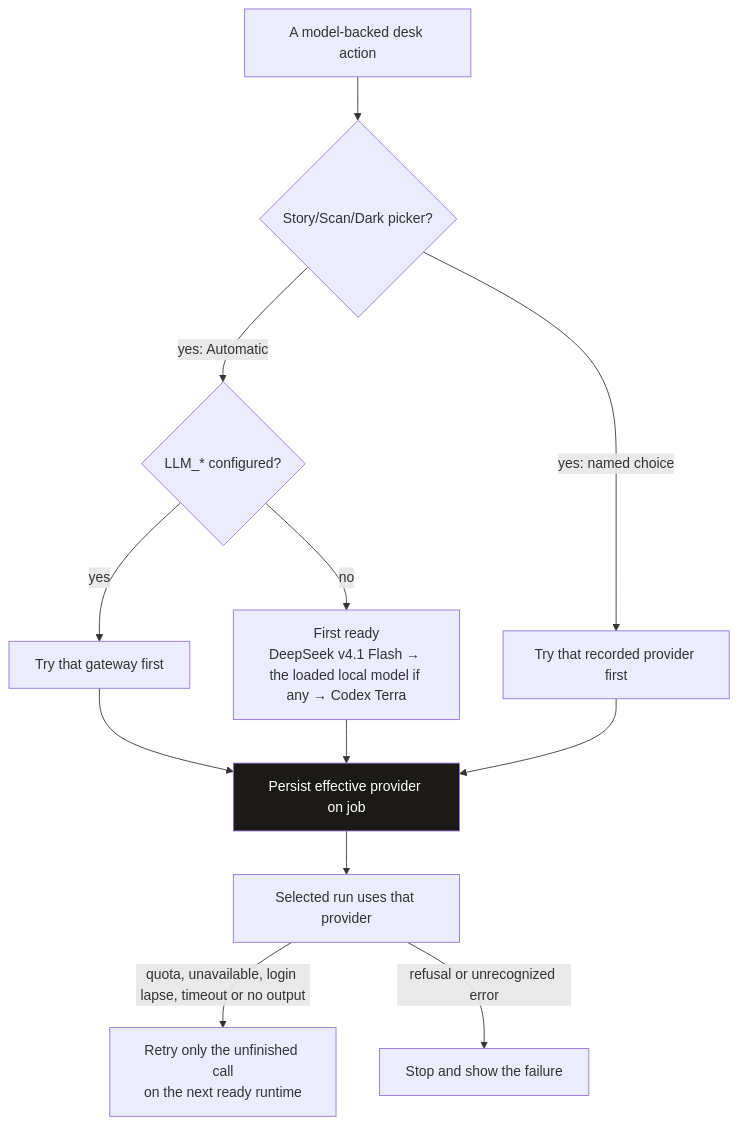
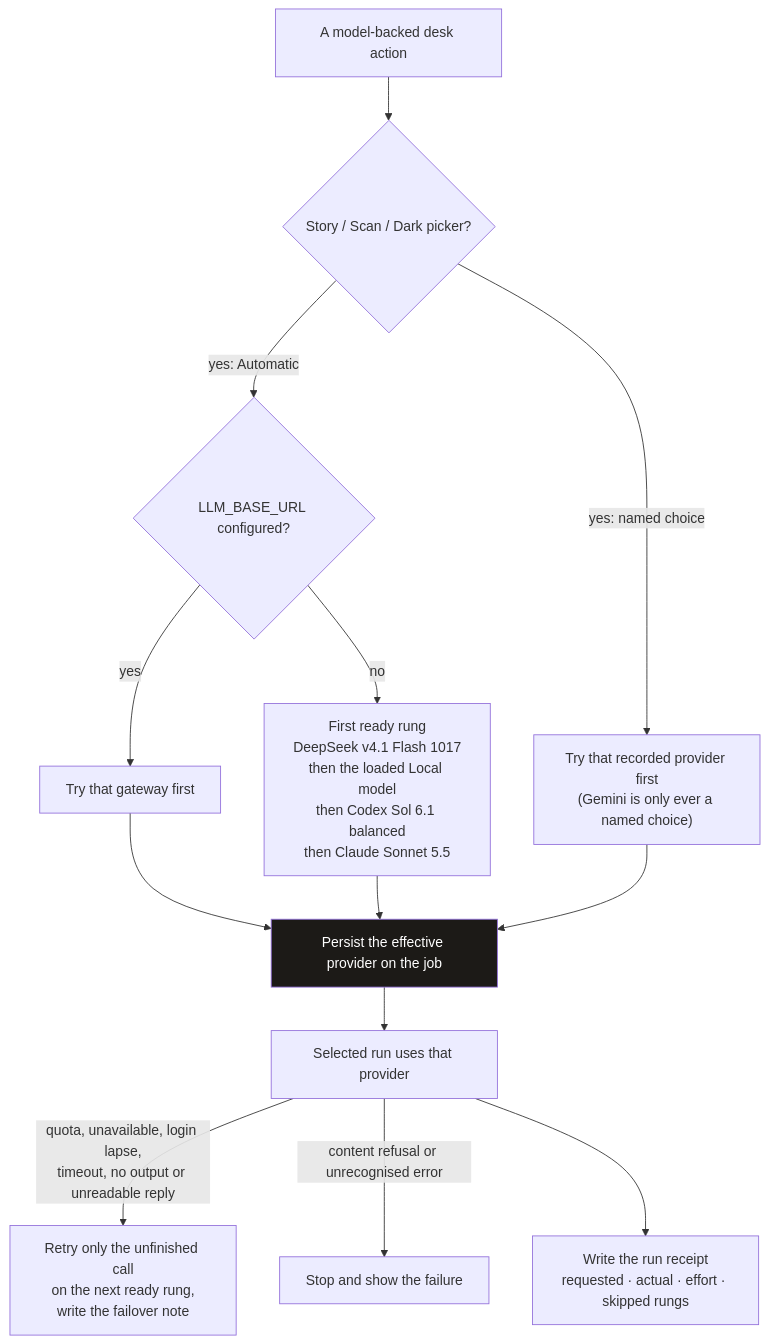
Before and after one commit to scottconverse/TownReporter: the eighth of 12 diagrams in docs/manual.md, drawn with Mermaid. The commit also changed other lines of this file and 51 other files, not shown here.

First line of the commit message:
docs: 0.6.84 release docs - full user manual, landing page, README, guides, diagrams

````diff
--- a/docs/manual.md
+++ b/docs/manual.md
@@ -1241,16 +2316,17 @@
 ```mermaid
 flowchart TB
-    CALL["A model-backed desk action"] --> KIND{"Story/Scan/Dark picker?"}
-    KIND -->|yes: Automatic| Q1{"LLM_* configured?"}
+    CALL["A model-backed desk action"] --> KIND{"Story / Scan / Dark picker?"}
+    KIND -->|yes: Automatic| Q1{"LLM_BASE_URL configured?"}
     Q1 -->|yes| OAI["Try that gateway first"]
-    Q1 -->|no| READY["First ready<br/>DeepSeek v4.1 Flash → the loaded local model if any → Codex Terra"]
-    KIND -->|yes: named choice| ONE["Try that recorded provider first"]
-    OAI --> SAVE["Persist effective provider on job"]
+    Q1 -->|no| READY["First ready rung<br/>DeepSeek v4.1 Flash 1017<br/>then the loaded Local model<br/>then Codex Sol 6.1 balanced<br/>then Claude Sonnet 5.5"]
+    KIND -->|yes: named choice| ONE["Try that recorded provider first<br/>(Gemini is only ever a named choice)"]
+    OAI --> SAVE["Persist the effective provider on the job"]
     READY --> SAVE
     ONE --> SAVE
     SAVE --> RUN["Selected run uses that provider"]
-    RUN -->|quota, unavailable, login lapse, timeout or no output| NEXT["Retry only the unfinished call<br/>on the next ready runtime"]
-    RUN -->|refusal or unrecognized error| SAME["Stop and show the failure"]
+    RUN -->|"quota, unavailable, login lapse,<br/>timeout, no output or unreadable reply"| NEXT["Retry only the unfinished call<br/>on the next ready rung,<br/>write the failover note"]
+    RUN -->|"content refusal or unrecognised error"| SAME["Stop and show the failure"]
+    RUN --> REC["Write the run receipt<br/>requested · actual · effort · skipped rungs"]
 
     style SAVE fill:#1c1a17,color:#fff
 ```
````
